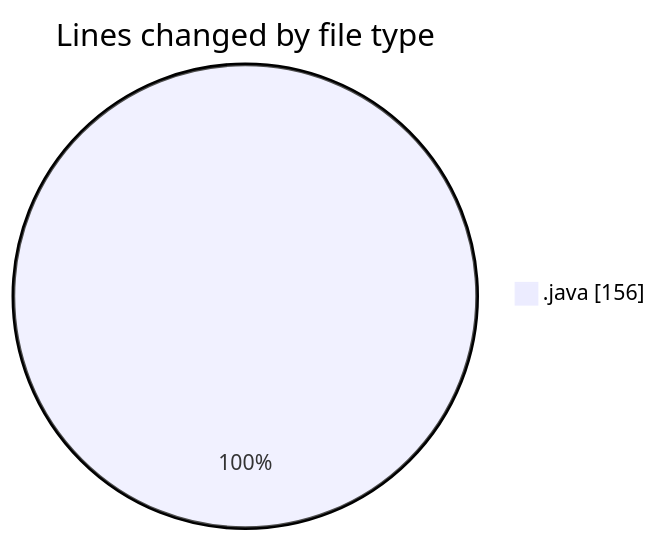
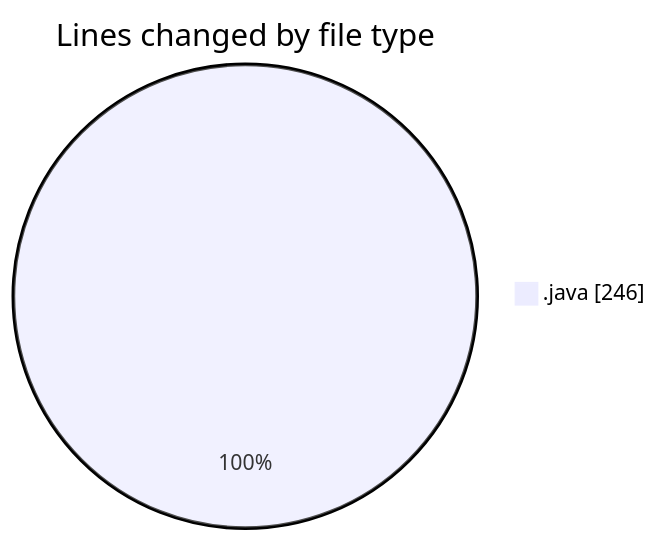
The first of 2 diagrams in 2026-04-09/cilapp/README.md (ricardozamudiocil/code-tracking), drawn with Mermaid before and after one commit. The commit also changed other lines of this file and 1 other file, not shown here.

````diff
--- a/2026-04-09/cilapp/README.md
+++ b/2026-04-09/cilapp/README.md
@@ -20,5 +20,5 @@
 ```mermaid
 pie showData
 title Lines changed by file type
-".java" : 156
+".java" : 246
 ```
````
